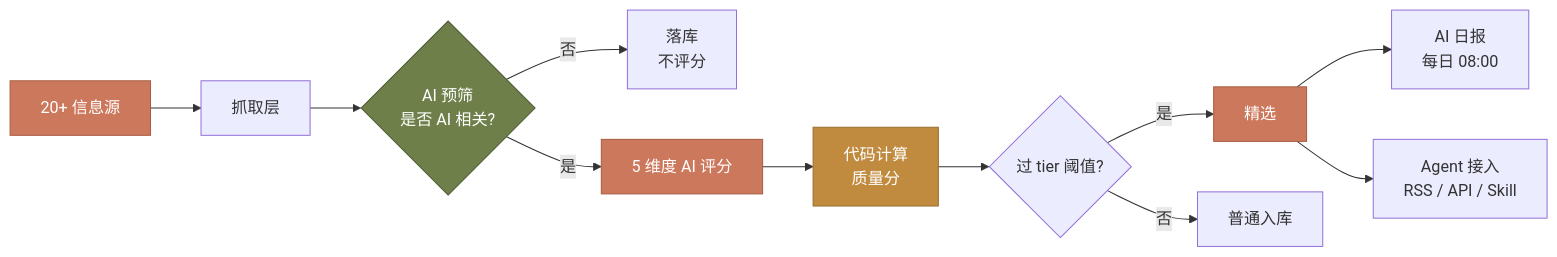
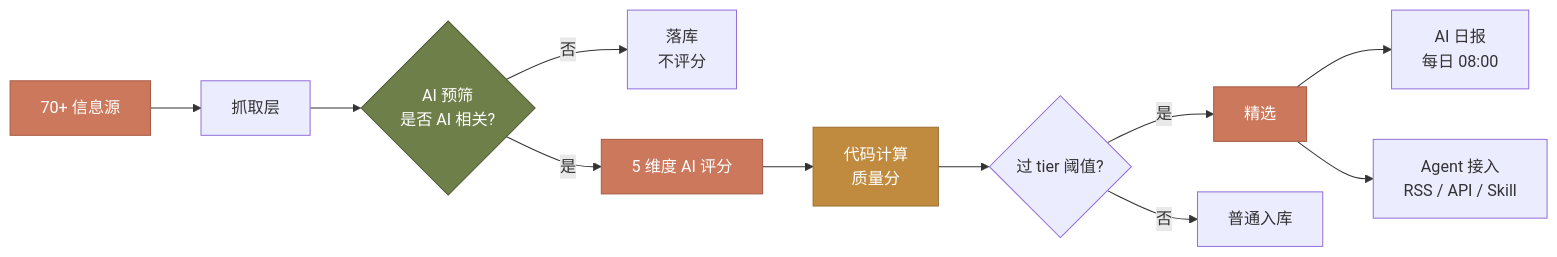
The first of 4 diagrams in 一个开源 AI 热点雷达 - 从抓取到精选的全流程实战.md (zenitlab/ai-hot-radar), drawn with Mermaid before and after one commit. The commit also changed other lines of this file, not shown here.

Commit message:
docs: update info sources count from 20+ to 70+

````diff
--- a/一个开源 AI 热点雷达 - 从抓取到精选的全流程实战.md
+++ b/一个开源 AI 热点雷达 - 从抓取到精选的全流程实战.md
@@ -26,19 +26,19 @@
 ```mermaid
 graph LR
-    A[20+ 信息源] --> B[抓取层]
+    A[70+ 信息源] --> B[抓取层]
     B --> C{AI 预筛<br/>是否 AI 相关?}
     C -->|否| Z1[落库<br/>不评分]
     C -->|是| D[5 维度 AI 评分]
     D --> E[代码计算<br/>质量分]
     E --> F{过 tier 阈值?}
     F -->|是| G[精选]
     F -->|否| H[普通入库]
     G --> I[AI 日报<br/>每日 08:00]
     G --> J[Agent 接入<br/>RSS / API / Skill]
 
     style A fill:#cc785c,stroke:#a85c43,color:#fff
     style C fill:#6e7f4a,stroke:#4d5a32,color:#fff
     style D fill:#cc785c,stroke:#a85c43,color:#fff
     style E fill:#c08b3f,stroke:#9a6e2f,color:#fff
     style G fill:#cc785c,stroke:#a85c43,color:#fff
 ```
````
